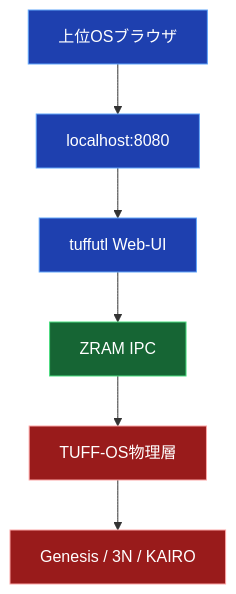
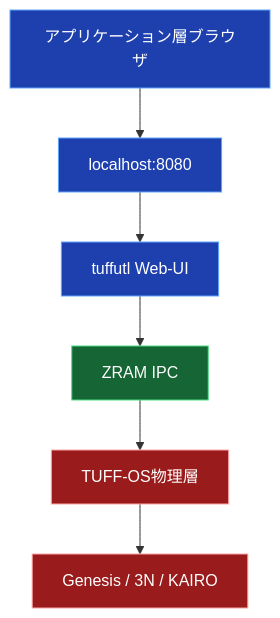
The first of 2 diagrams in マニュアル/統合管理マネージャ「tuffutl」ユーザリファレンス（上位Web-UI版）.md (elementary-particles-Man/TUFF-OS-ISO), drawn with Mermaid before and after one commit. The commit also changed other lines of this file and 41 other files, not shown here.

Commit message:
DOCS: Comprehensive overhaul of manuals to reflect Pure Rust Bare-metal Sovereign Core and ZRAM architecture.

````diff
--- a/マニュアル/統合管理マネージャ「tuffutl」ユーザリファレンス（上位Web-UI版）.md
+++ b/マニュアル/統合管理マネージャ「tuffutl」ユーザリファレンス（上位Web-UI版）.md
@@ -16,16 +16,16 @@
 ```mermaid
 flowchart TD
-    A[上位OSブラウザ] --> B[localhost:8080]
+    A[アプリケーション層ブラウザ] --> B[localhost:8080]
     B --> C[tuffutl Web-UI]
     C --> D[ZRAM IPC]
     D --> E[TUFF-OS物理層]
     E --> F[Genesis / 3N / KAIRO]
 
     classDef ui fill:#1e40af,stroke:#60a5fa,color:#fff
     classDef core fill:#166534,stroke:#4ade80,color:#fff
     classDef phys fill:#991b1b,stroke:#fca5a5,color:#fff
 
     class A,B,C ui
     class D core
     class E,F phys
 ```
````
